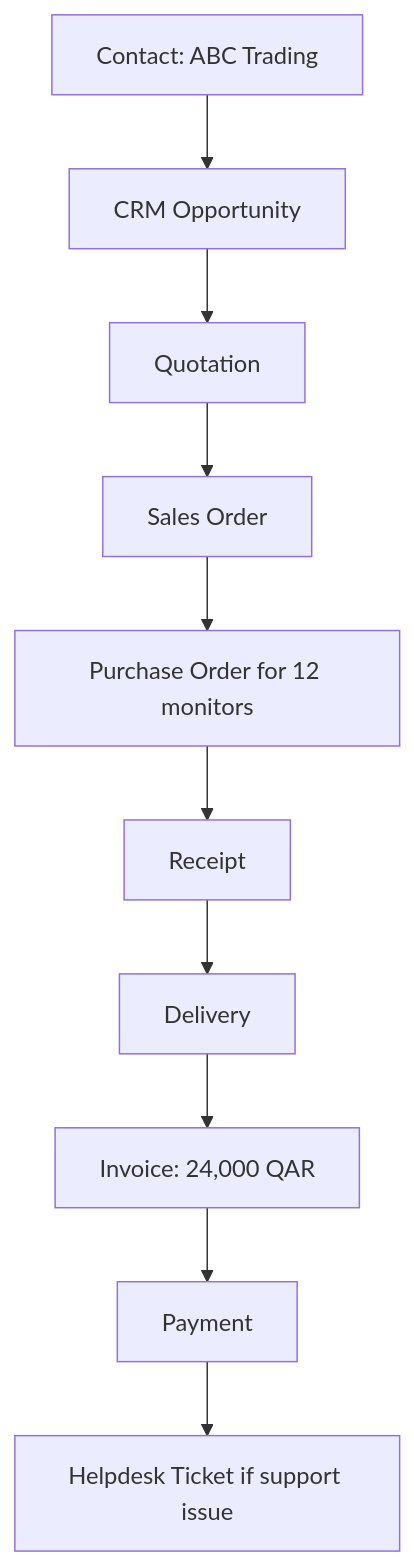
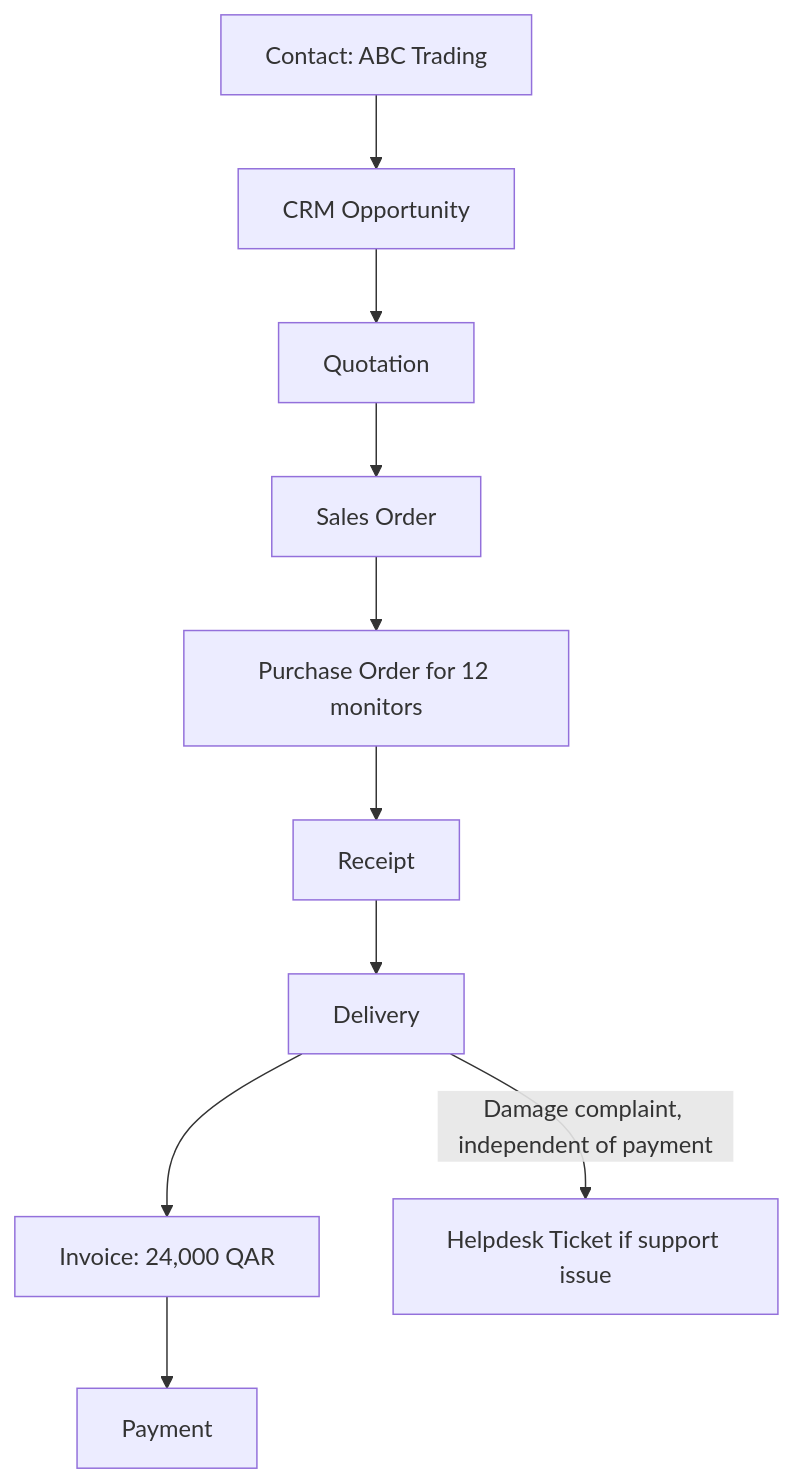
Before and after one commit to Bixal99/ODOO: the second of 2 diagrams in Unit 1/Chapter 3/Project.md, drawn with Mermaid. The commit also changed other lines of this file and 15 other files, not shown here.

````diff
--- a/Unit 1/Chapter 3/Project.md
+++ b/Unit 1/Chapter 3/Project.md
@@ -389,12 +419,12 @@
 ```mermaid
 flowchart TD
     CON["Contact: ABC Trading"] --> CRM["CRM Opportunity"]
     CRM --> QUO["Quotation"]
     QUO --> SO["Sales Order"]
     SO --> PO["Purchase Order for 12 monitors"]
     PO --> REC["Receipt"]
     REC --> DEL["Delivery"]
     DEL --> INV["Invoice: 24,000 QAR"]
     INV --> PAY["Payment"]
-    PAY --> HD["Helpdesk Ticket if support issue"]
+    DEL -->|"Damage complaint, independent of payment"| HD["Helpdesk Ticket if support issue"]
 ```
````
